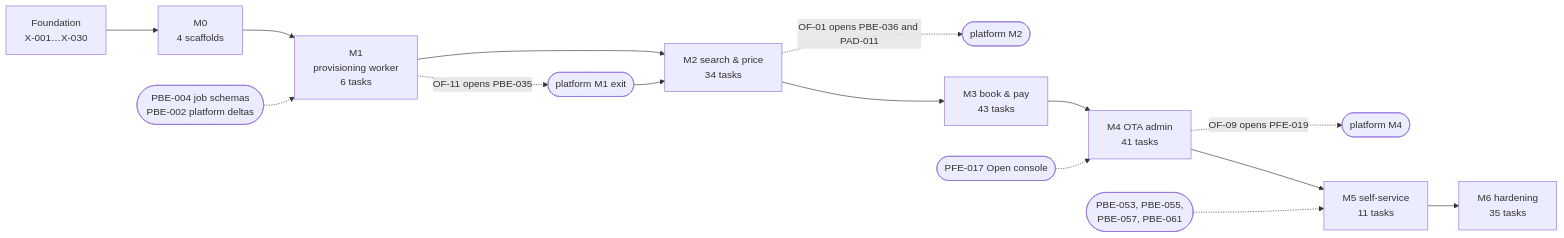
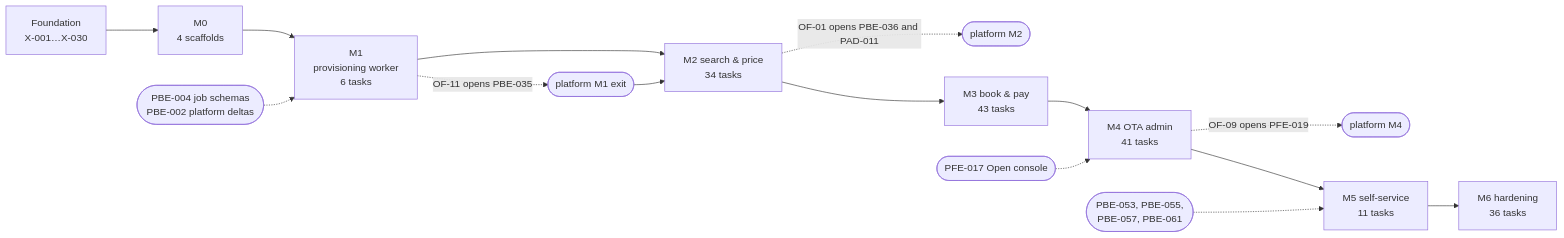
One commit to bhagwati-prasad/velexis-ota changed the diagram in ota/docs/plans/implementation-plan.md. Above: the diagram before and after it, drawn with Mermaid. The commit also changed other lines of this file and 24 other files, not shown here.

````diff
--- a/ota/docs/plans/implementation-plan.md
+++ b/ota/docs/plans/implementation-plan.md
@@ -62,17 +62,17 @@
 ```mermaid
 flowchart LR
   F["Foundation<br/>X-001…X-030"] --> M0["M0<br/>4 scaffolds"]
   M0 --> M1["M1<br/>provisioning worker<br/>6 tasks"]
   P4(["PBE-004 job schemas<br/>PBE-002 platform deltas"]) -.-> M1
   M1 -. OF-11 opens PBE-035 .-> PM1(["platform M1 exit"])
   M1 --> M2["M2 search & price<br/>34 tasks"]
   PM1 --> M2
   M2 -. OF-01 opens PBE-036 and PAD-011 .-> PM2(["platform M2"])
   M2 --> M3["M3 book & pay<br/>43 tasks"]
   M3 --> M4["M4 OTA admin<br/>41 tasks"]
   PF17(["PFE-017 Open console"]) -.-> M4
   M4 -. OF-09 opens PFE-019 .-> PM4(["platform M4"])
   M4 --> M5["M5 self-service<br/>11 tasks"]
   PM5(["PBE-053, PBE-055,<br/>PBE-057, PBE-061"]) -.-> M5
-  M5 --> M6["M6 hardening<br/>35 tasks"]
+  M5 --> M6["M6 hardening<br/>36 tasks"]
 ```
````
